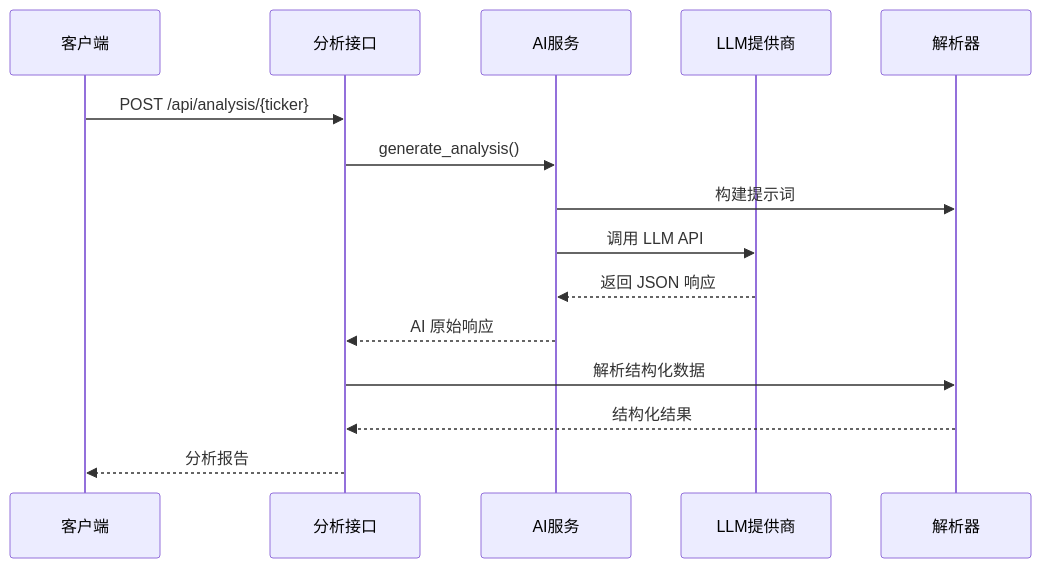
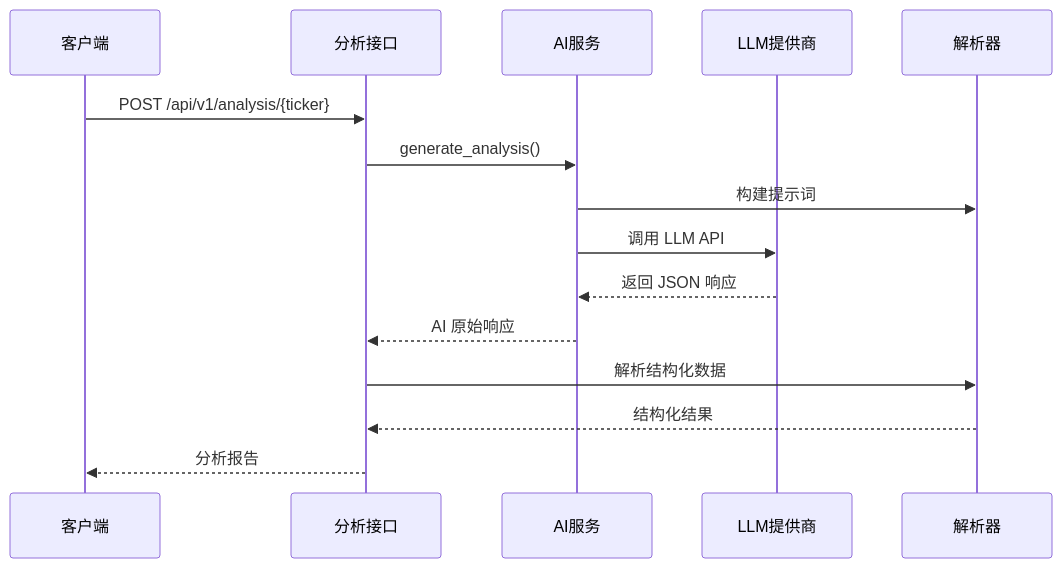
Before and after one commit to breeze-lyf/ai-stock-advisor: the fifth of 11 diagrams in .qoder/repowiki/zh/content/Graphql Api.md, drawn with Mermaid. The commit also changed other lines of this file and 43 other files, not shown here.

````diff
--- a/.qoder/repowiki/zh/content/Graphql Api.md
+++ b/.qoder/repowiki/zh/content/Graphql Api.md
@@ -254,17 +267,17 @@
 ```mermaid
 sequenceDiagram
 participant Client as 客户端
 participant Analysis as 分析接口
 participant AIService as AI服务
 participant Provider as LLM提供商
 participant Parser as 解析器
-Client->>Analysis : POST /api/analysis/{ticker}
+Client->>Analysis : POST /api/v1/analysis/{ticker}
 Analysis->>AIService : generate_analysis()
 AIService->>Parser : 构建提示词
 AIService->>Provider : 调用 LLM API
 Provider-->>AIService : 返回 JSON 响应
 AIService-->>Analysis : AI 原始响应
 Analysis->>Parser : 解析结构化数据
 Parser-->>Analysis : 结构化结果
 Analysis-->>Client : 分析报告
 ```
````
